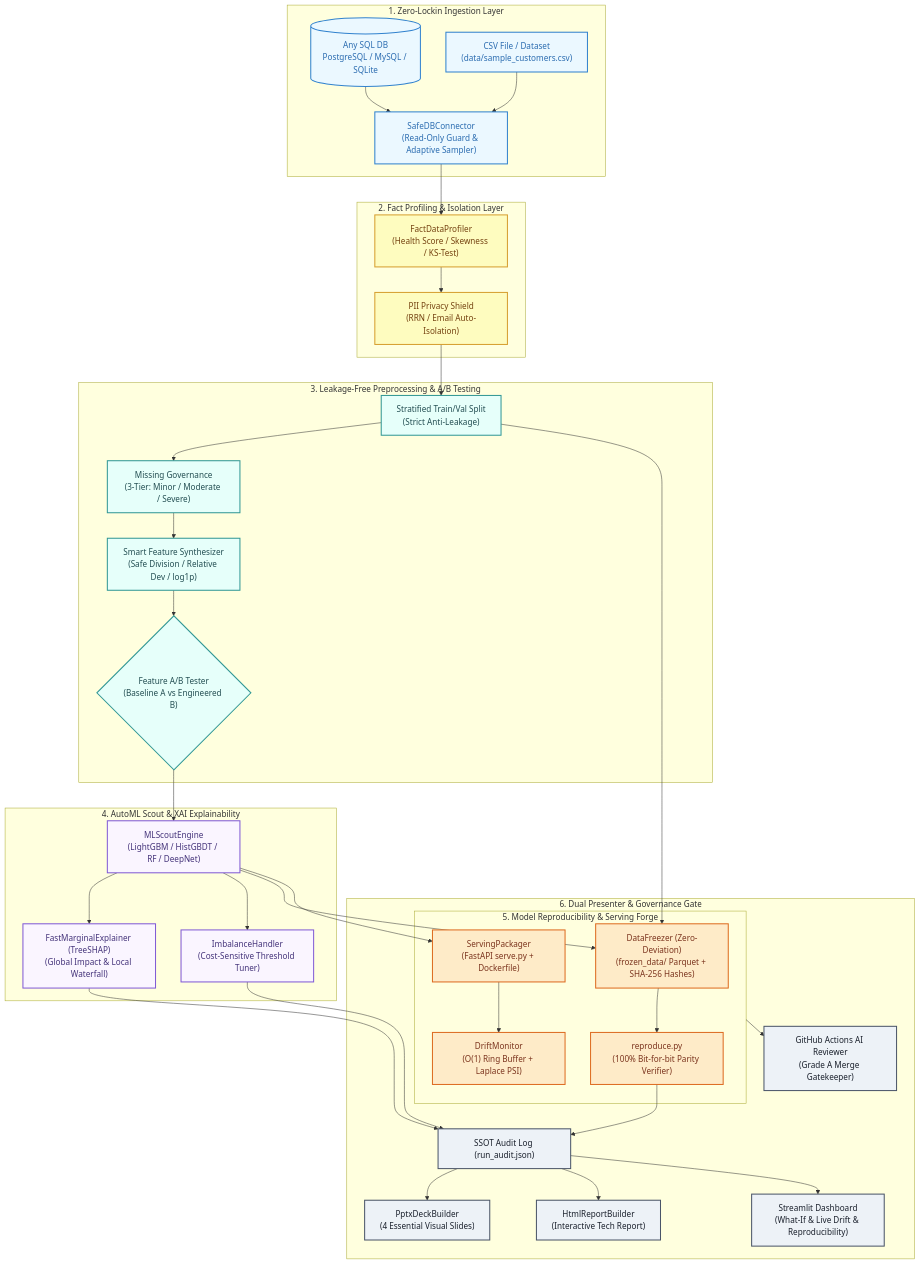
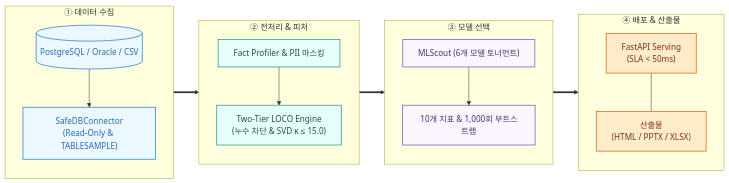
One commit to kc9302/auto-data-analyzer- changed the first of 2 diagrams in README.md. Above: the diagram before and after it, drawn with Mermaid. The commit also changed other lines of this file, not shown here.

````diff
--- a/README.md
+++ b/README.md
@@ -14,54 +20,42 @@
 ```mermaid
-flowchart TB
-    subgraph L1 ["1. Zero-Lockin Ingestion Layer"]
-        DB[("Any SQL DB<br/>PostgreSQL / MySQL / SQLite")] --> SafeConn["SafeDBConnector<br/>(Read-Only Guard & Adaptive Sampler)"]
-        CSV["CSV File / Dataset<br/>(data/sample_customers.csv)"] --> SafeConn
+flowchart LR
+    subgraph S1 ["① 데이터 수집"]
+        direction TB
+        DB[("PostgreSQL / Oracle / CSV")]
+        Safe["SafeDBConnector<br/>(Read-Only & TABLESAMPLE)"]
+        DB --> Safe
     end
 
-    subgraph L2 ["2. Fact Profiling & Isolation Layer"]
-        SafeConn --> Profiler["FactDataProfiler<br/>(Health Score / Skewness / KS-Test)"]
-        Profiler --> PII["PII Privacy Shield<br/>(RRN / Email Auto-Isolation)"]
+    subgraph S2 ["② 전처리 & 피처"]
+        direction TB
+        Gov["Fact Profiler & PII 마스킹"]
+        LOCO["Two-Tier LOCO Engine<br/>(누수 차단 & SVD κ ≤ 15.0)"]
+        Gov --> LOCO
     end
 
-    subgraph L3 ["3. Leakage-Free Preprocessing & A/B Testing"]
-        PII --> Split["Stratified Train/Val Split<br/>(Strict Anti-Leakage)"]
-        Split --> MissGov["Missing Governance<br/>(3-Tier: Minor / Moderate / Severe)"]
-        MissGov --> Synthesizer["Smart Feature Synthesizer<br/>(Safe Division / Relative Dev / log1p)"]
-        Synthesizer --> ABTest{"Feature A/B Tester<br/>(Baseline A vs Engineered B)"}
+    subgraph S3 ["③ 모델 선택"]
+        direction TB
+        Scout["MLScout (6개 모델 토너먼트)"]
+        Stat["10개 지표 & 1,000회 부트스트랩"]
+        Scout --> Stat
     end
 
-    subgraph L4 ["4. AutoML Scout & XAI Explainability"]
-        ABTest --> MLScout["MLScoutEngine<br/>(LightGBM / HistGBDT / RF / DeepNet)"]
-        MLScout --> XAI["FastMarginalExplainer (TreeSHAP)<br/>(Global Impact & Local Waterfall)"]
-        MLScout --> Imbalance["ImbalanceHandler<br/>(Cost-Sensitive Threshold Tuner)"]
+    subgraph S4 ["④ 배포 & 산출물"]
+        direction TB
+        Serve["FastAPI Serving<br/>(SLA < 50ms)"]
+        Docs["산출물<br/>(HTML / PPTX / XLSX)"]
+        Serve --- Docs
     end
 
-    subgraph L5 ["5. Model Reproducibility & Serving Forge"]
-        MLScout & Split --> Freezer["DataFreezer (Zero-Deviation)<br/>(frozen_data/ Parquet + SHA-256 Hashes)"]
-        Freezer --> ReproScript["reproduce.py<br/>(100% Bit-for-bit Parity Verifier)"]
-        MLScout --> Serving["ServingPackager<br/>(FastAPI serve.py + Dockerfile)"]
-        Serving --> Drift["DriftMonitor<br/>(O(1) Ring Buffer + Laplace PSI)"]
-    end
+    S1 ==> S2 ==> S3 ==> S4
 
-    subgraph L6 ["6. Dual Presenter & Governance Gate"]
-        XAI & Imbalance & ReproScript --> SSOT["SSOT Audit Log (run_audit.json)"]
-        SSOT --> PPTX["PptxDeckBuilder<br/>(4 Essential Visual Slides)"]
-        SSOT --> HTML["HtmlReportBuilder<br/>(Interactive Tech Report)"]
-        SSOT --> WebUI["Streamlit Dashboard<br/>(What-If & Live Drift & Reproducibility)"]
-        L5 --> AIRecall["GitHub Actions AI Reviewer<br/>(Grade A Merge Gatekeeper)"]
-    end
+    classDef s1 fill:#EBF8FF,stroke:#3182CE,stroke-width:1.5px,color:#2B6CB0;
+    classDef s2 fill:#E6FFFA,stroke:#319795,stroke-width:1.5px,color:#234E52;
+    classDef s3 fill:#FAF5FF,stroke:#805AD5,stroke-width:1.5px,color:#44337A;
+    classDef s4 fill:#FEEBC8,stroke:#DD6B20,stroke-width:1.5px,color:#7B341E;
 
-    classDef ingest fill:#EBF8FF,stroke:#3182CE,stroke-width:2px,color:#2B6CB0;
-    classDef prof fill:#FEFCBF,stroke:#D69E2E,stroke-width:2px,color:#744210;
-    classDef prep fill:#E6FFFA,stroke:#319795,stroke-width:2px,color:#234E52;
-    classDef ml fill:#FAF5FF,stroke:#805AD5,stroke-width:2px,color:#44337A;
-    classDef serve fill:#FEEBC8,stroke:#DD6B20,stroke-width:2px,color:#7B341E;
-    classDef pres fill:#EDF2F7,stroke:#4A5568,stroke-width:2px,color:#1A202C;
-
-    class DB,CSV,SafeConn ingest;
-    class Profiler,PII prof;
-    class Split,MissGov,Synthesizer,ABTest prep;
-    class MLScout,XAI,Imbalance ml;
-    class Freezer,ReproScript,Serving,Drift serve;
-    class SSOT,PPTX,HTML,WebUI,AIRecall pres;
+    class DB,Safe s1;
+    class Gov,LOCO s2;
+    class Scout,Stat s3;
+    class Serve,Docs s4;
 ```
````
